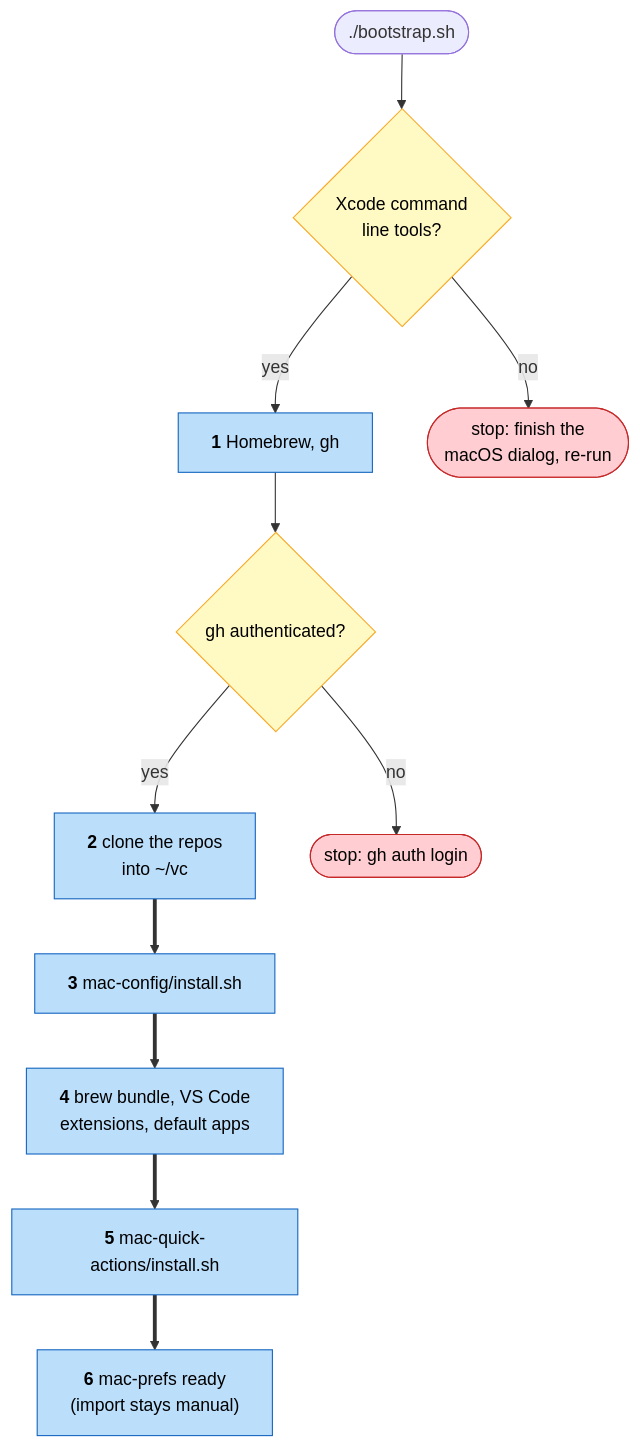
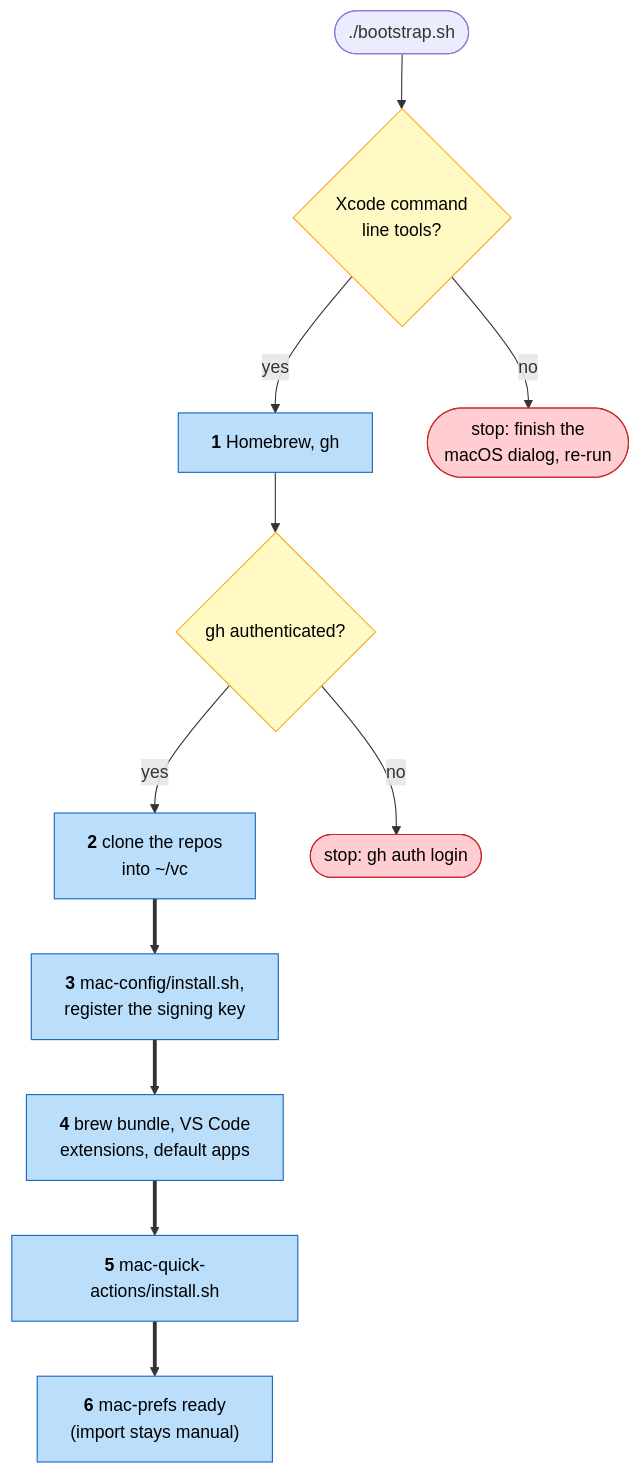
Before and after one commit to tiavelum/mac-bootstrap: the diagram in README.md, drawn with Mermaid. The commit also changed other lines of this file and 1 other file, not shown here.

First line of the commit message:
feat: register the signing key during the bootstrap

````diff
--- a/README.md
+++ b/README.md
@@ -55,34 +61,35 @@
 ```mermaid
 flowchart TB
   S(["`./bootstrap.sh`"])
   X1{"`Xcode command
   line tools?`"}
   BREW["`**1** Homebrew, gh`"]
   X2{"`gh authenticated?`"}
   CLONE["`**2** clone the repos
   into ~/vc`"]
-  WIRE["`**3** mac-config/install.sh`"]
+  WIRE["`**3** mac-config/install.sh,
+  register the signing key`"]
   APPS["`**4** brew bundle, VS Code
   extensions, default apps`"]
   TOOLS["`**5** mac-quick-actions/install.sh`"]
   PREFS["`**6** mac-prefs ready
   (import stays manual)`"]
   STOP1(["`stop: finish the
   macOS dialog, re-run`"])
   STOP2(["`stop: gh auth login`"])
 
   S --> X1
   X1 -->|no| STOP1
   X1 -->|yes| BREW
   BREW --> X2
   X2 -->|no| STOP2
   X2 -->|yes| CLONE
   CLONE ==> WIRE ==> APPS ==> TOOLS ==> PREFS
 
   classDef stop fill:#FFCDD2,stroke:#C62828,color:#000
   classDef gate fill:#FFF9C4,stroke:#F9A825,color:#000
   classDef step fill:#BBDEFB,stroke:#1565C0,color:#000
   class STOP1,STOP2 stop
   class X1,X2 gate
   class BREW,CLONE,WIRE,APPS,TOOLS,PREFS step
 ```
````
